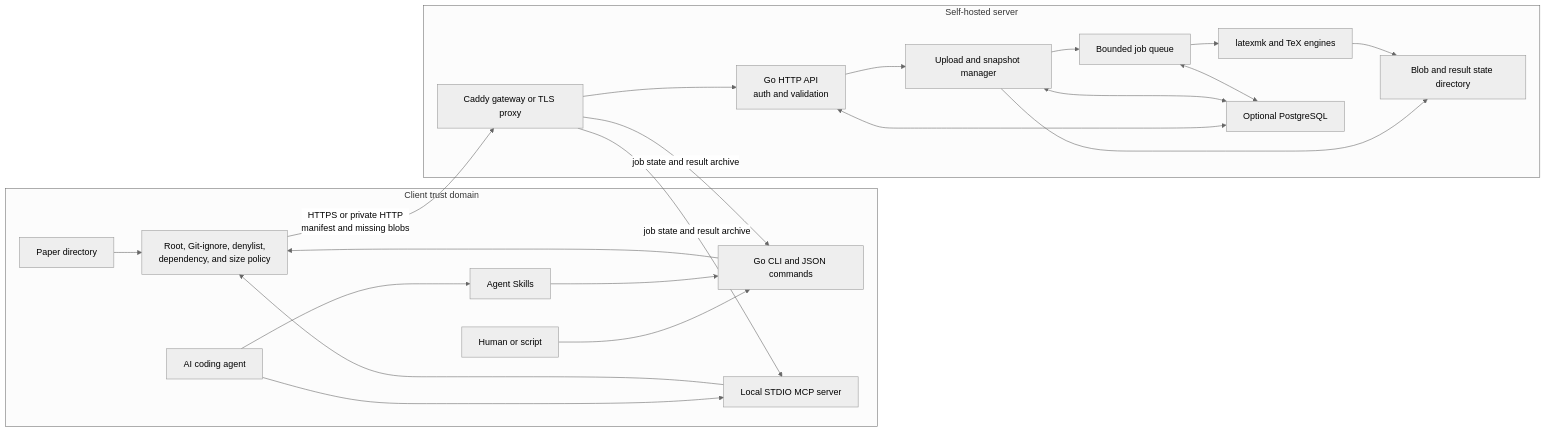
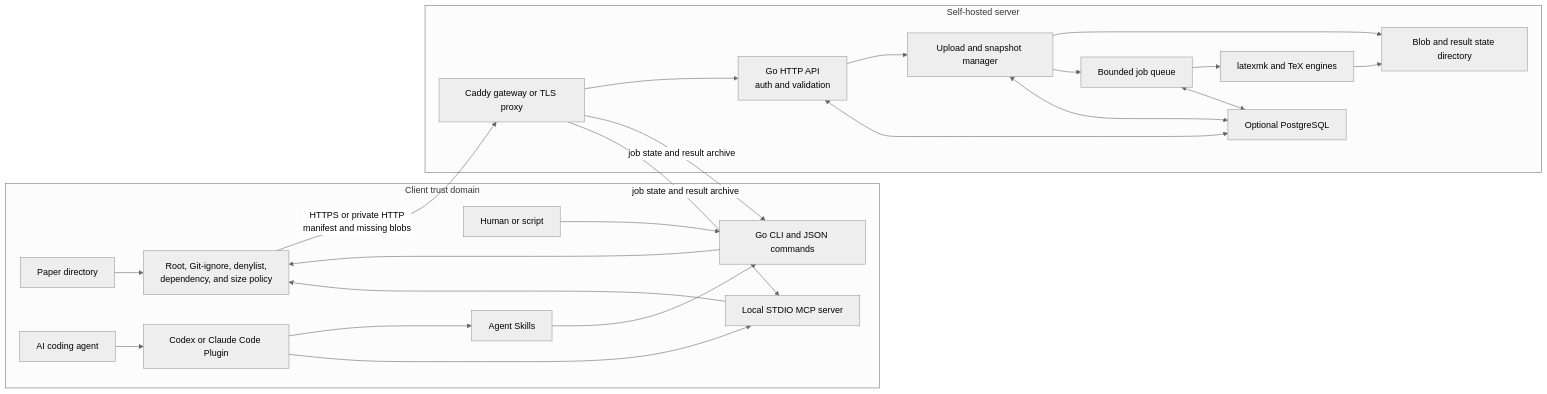
The first of 4 diagrams in docs/ARCHITECTURE.md (InvisCat/remote-latexmk), drawn with Mermaid (neutral theme) before and after one commit. The commit also changed other lines of this file and 39 other files, not shown here.

Commit message:
Add plugin-first agent quick start

````diff
--- a/docs/ARCHITECTURE.md
+++ b/docs/ARCHITECTURE.md
@@ -53,43 +54,46 @@
 ```mermaid
 flowchart LR
   subgraph Local["Client trust domain"]
     Paper["Paper directory"]
     Human["Human or script"]
     Agent["AI coding agent"]
     Skills["Agent Skills"]
+    Plugin["Codex or Claude Code Plugin"]
     CLI["Go CLI and JSON commands"]
     MCP["Local STDIO MCP server"]
     Policy["Root, Git-ignore, denylist,<br/>dependency, and size policy"]
 
     Human --> CLI
-    Agent --> Skills --> CLI
-    Agent --> MCP
+    Agent --> Plugin
+    Plugin --> Skills
+    Plugin --> MCP
+    Skills --> CLI
     CLI --> Policy
     MCP --> Policy
     Paper --> Policy
   end
 
   subgraph ServerHost["Self-hosted server"]
     Edge["Caddy gateway or TLS proxy"]
     API["Go HTTP API<br/>auth and validation"]
     Uploads["Upload and snapshot manager"]
     Queue["Bounded job queue"]
     Runner["latexmk and TeX engines"]
     State["Blob and result state directory"]
     DB["Optional PostgreSQL"]
 
     Edge --> API
     API --> Uploads
     Uploads --> State
     Uploads --> Queue
     Queue --> Runner
     Runner --> State
     API <--> DB
     Uploads <--> DB
     Queue <--> DB
   end
 
   Policy -->|"HTTPS or private HTTP<br/>manifest and missing blobs"| Edge
   Edge -->|"job state and result archive"| CLI
   Edge -->|"job state and result archive"| MCP
 ```
````
